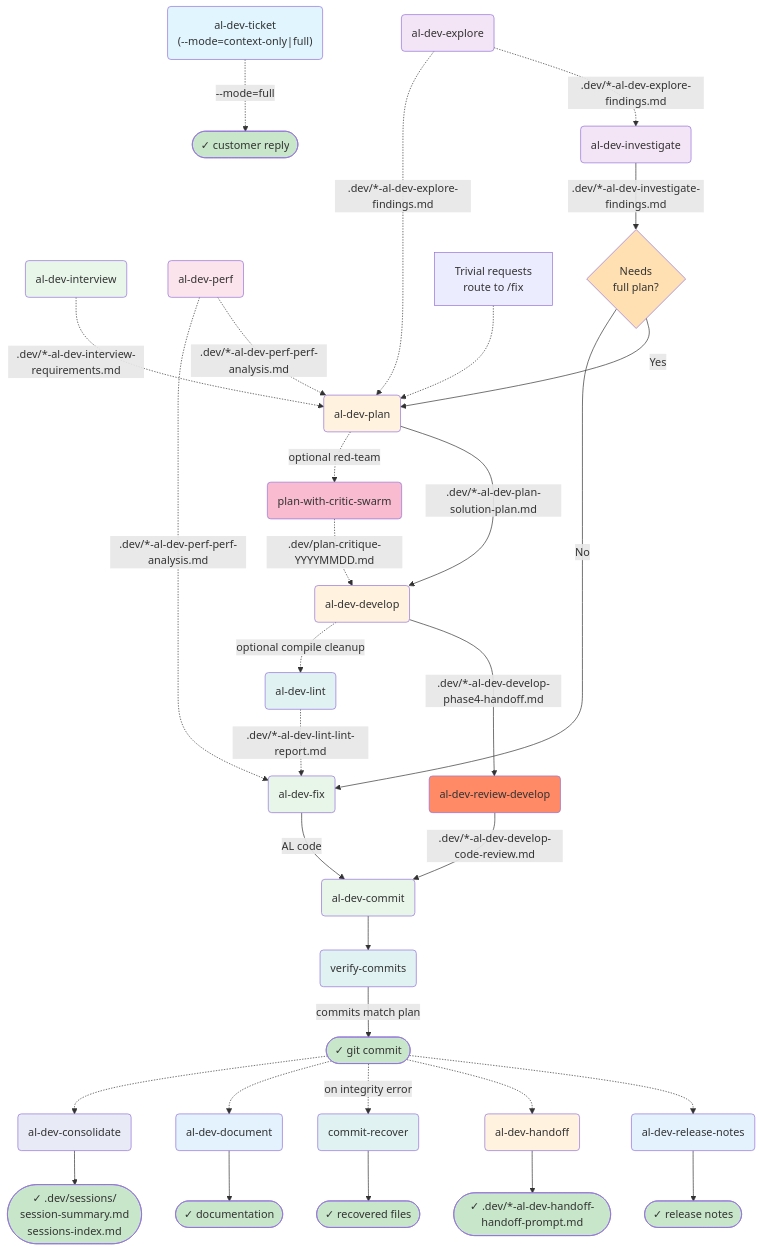
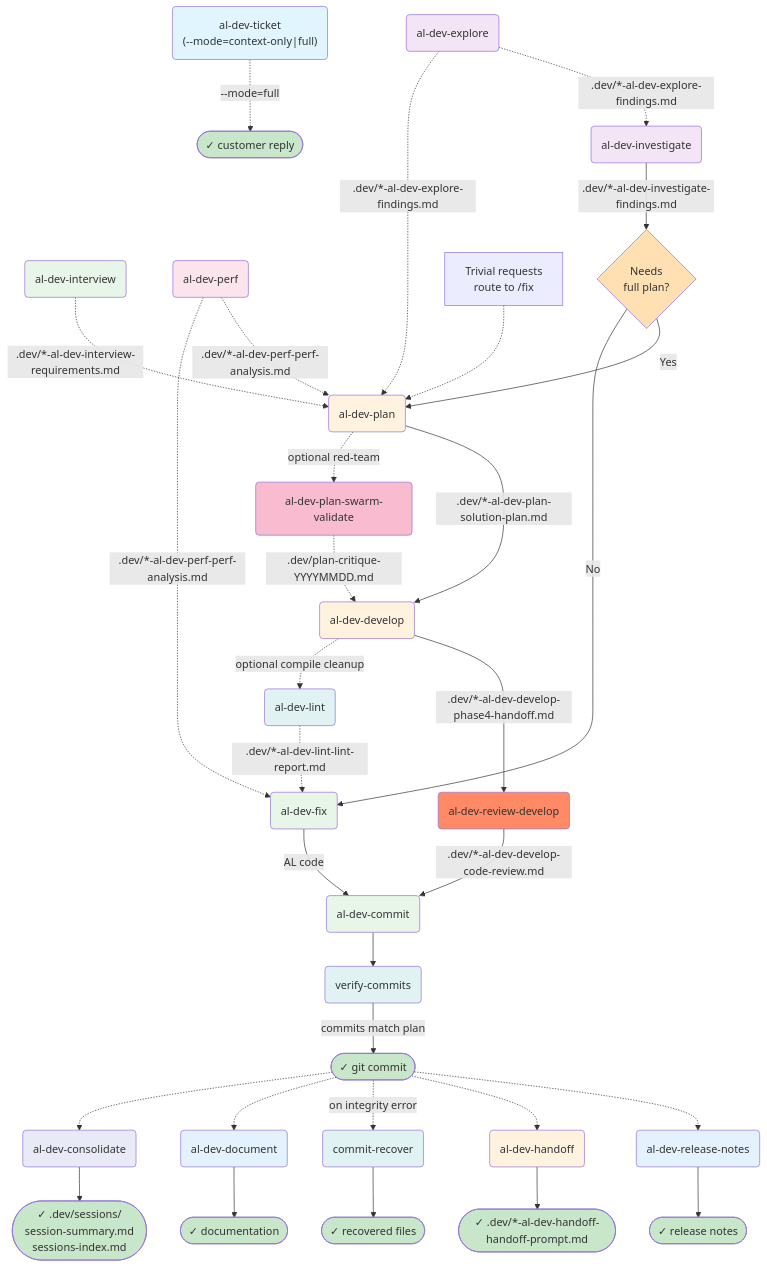
One commit to russell-laing/al-dev-shared changed the first of 23 diagrams in docs/al-dev-skills-map.md. Above: the diagram before and after it, drawn with Mermaid. The commit also changed other lines of this file and 15 other files, not shown here.

First line of the commit message:
refactor: rename plan-map-changes and plan-with-critic-swarm for clarity

````diff
--- a/docs/al-dev-skills-map.md
+++ b/docs/al-dev-skills-map.md
@@ -14,77 +14,77 @@
 ```mermaid
 flowchart TD
     %% Pre-planning tributaries (optional)
     Explore("al-dev-explore") -.->|.dev/*-al-dev-explore-findings.md| Investigate
     Explore -.->|.dev/*-al-dev-explore-findings.md| Plan
     Interview("al-dev-interview") -.->|.dev/*-al-dev-interview-requirements.md| Plan
     Perf("al-dev-perf") -.->|.dev/*-al-dev-perf-perf-analysis.md| Plan
     Perf -.->|.dev/*-al-dev-perf-perf-analysis.md| FixDirect
 
     %% Entry points
     Ticket("al-dev-ticket<br/>(--mode=context-only|full)")
     Investigate("al-dev-investigate")
     FixDirect("al-dev-fix") -->|AL code| Commit("al-dev-commit")
 
     %% Investigation path branches
     Investigate -->|.dev/*-al-dev-investigate-findings.md| Decision1{Needs<br/>full plan?}
     Decision1 -->|Yes| Plan("al-dev-plan")
     Decision1 -->|No| FixDirect
 
     %% Main development spine
     Plan -->|.dev/*-al-dev-plan-solution-plan.md| Develop("al-dev-develop")
     Develop -->|.dev/*-al-dev-develop-phase4-handoff.md| ReviewDevelop("al-dev-review-develop")
     ReviewDevelop -->|.dev/*-al-dev-develop-code-review.md| Commit
 
     %% Optional plan red-teaming
-    Plan -.->|optional red-team| CriticSwarm("plan-with-critic-swarm")
+    Plan -.->|optional red-team| CriticSwarm("al-dev-plan-swarm-validate")
     CriticSwarm -.->|.dev/plan-critique-YYYYMMDD.md| Develop
 
     %% Lint feedback loop
     Develop -.->|optional compile cleanup| Lint("al-dev-lint")
     Lint -.->|.dev/*-al-dev-lint-lint-report.md| FixDirect
 
     %% Complexity gate within plan
     Note["Trivial requests<br/>route to /fix"] -.-> Plan
 
     %% Outputs
     Commit --> Verify("verify-commits")
     Verify -->|commits match plan| Git(["✓ git commit"])
     Git -.-> ReleaseNotes("al-dev-release-notes")
     ReleaseNotes --> Notes(["✓ release notes"])
     Git -.-> Handoff("al-dev-handoff")
     Handoff --> HandoffOut(["✓ .dev/*-al-dev-handoff-handoff-prompt.md"])
     Git -.->|on integrity error| Recover("commit-recover")
     Recover --> RecoverOut(["✓ recovered files"])
     Git -.-> Document("al-dev-document")
     Document --> DocOut(["✓ documentation"])
     Git -.-> Consolidate("al-dev-consolidate")
     Consolidate --> ConsolidateOut(["✓ .dev/sessions/\nsession-summary.md\nsessions-index.md"])
     Ticket -.->|--mode=full| Reply(["✓ customer reply"])
 
     style Ticket fill:#e1f5ff
     style Investigate fill:#f3e5f5
     style Explore fill:#f3e5f5
     style Interview fill:#e8f5e9
     style Plan fill:#fff3e0
     style Develop fill:#fff3e0
     style ReviewDevelop fill:#ff8a65
     style FixDirect fill:#e8f5e9
     style Commit fill:#e8f5e9
     style Git fill:#c8e6c9
     style Notes fill:#c8e6c9
     style Reply fill:#c8e6c9
     style ReleaseNotes fill:#e3f2fd
     style Perf fill:#fce4ec
     style Lint fill:#e0f2f1
     style Handoff fill:#fff3e0
     style HandoffOut fill:#c8e6c9
     style Recover fill:#e0f2f1
     style RecoverOut fill:#c8e6c9
     style Document fill:#e3f2fd
     style DocOut fill:#c8e6c9
     style Consolidate fill:#e8eaf6
     style ConsolidateOut fill:#c8e6c9
     style Decision1 fill:#ffe0b2
     style CriticSwarm fill:#f8bbd0
     style Verify fill:#e0f2f1
 ```
````
